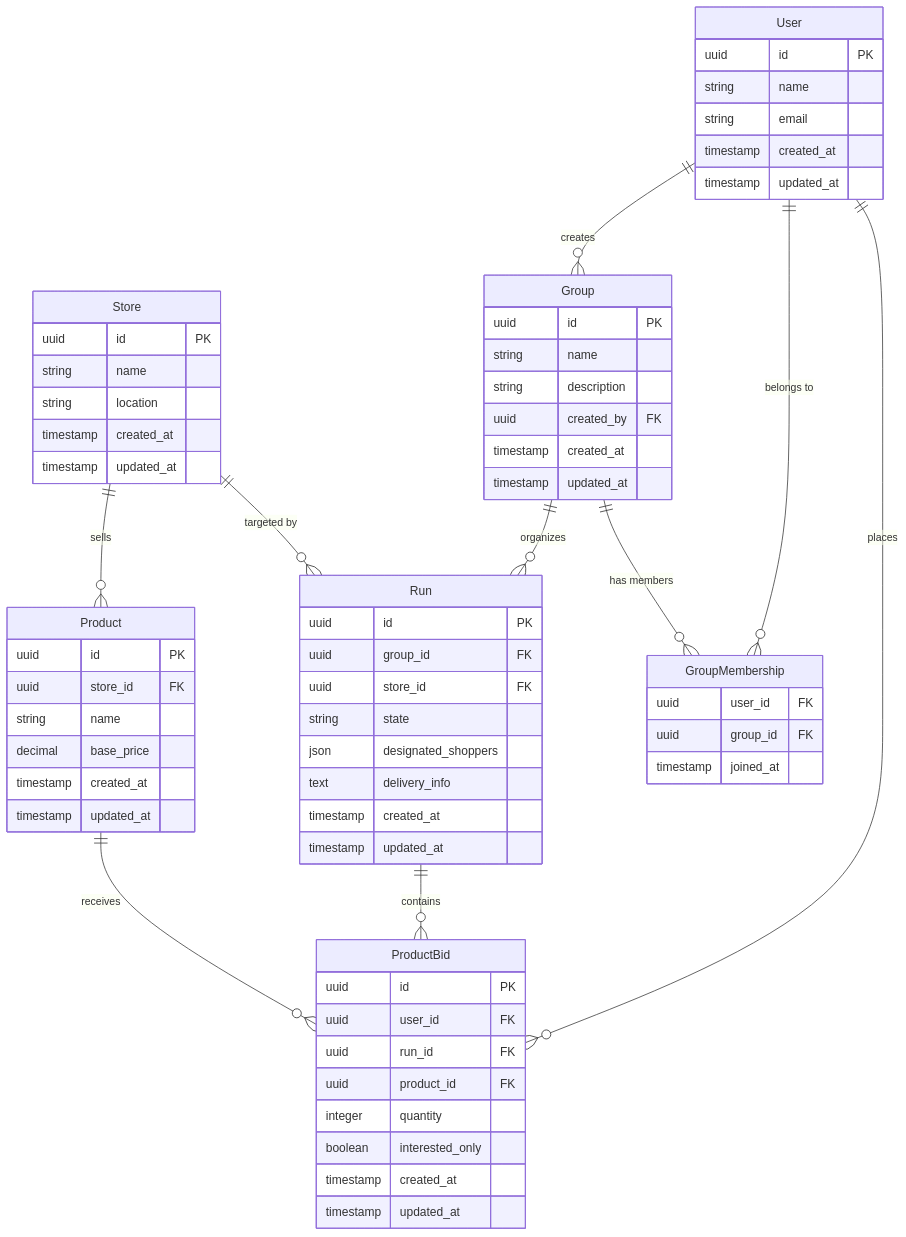
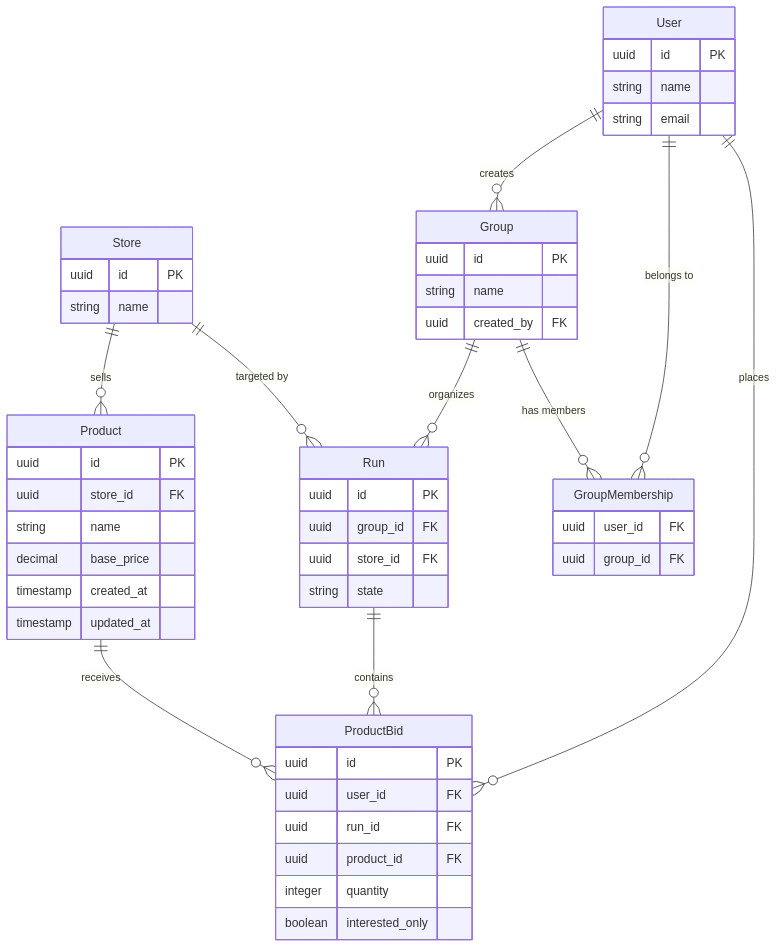
One commit to nedrrelm/bulq changed the diagram in database_schema.md. Above: the diagram before and after it, drawn with Mermaid.

Commit message:
Simplify schema

````diff
--- a/database_schema.md
+++ b/database_schema.md
@@ -5,74 +5,59 @@
 ```mermaid
 erDiagram
     User {
         uuid id PK
         string name
         string email
-        timestamp created_at
-        timestamp updated_at
     }
     
     Group {
         uuid id PK
         string name
-        string description
         uuid created_by FK
-        timestamp created_at
-        timestamp updated_at
     }
     
     Run {
         uuid id PK
         uuid group_id FK
         uuid store_id FK
         string state
-        json designated_shoppers
-        text delivery_info
-        timestamp created_at
-        timestamp updated_at
     }
     
     Store {
         uuid id PK
         string name
-        string location
-        timestamp created_at
-        timestamp updated_at
     }
     
     Product {
         uuid id PK
         uuid store_id FK
         string name
         decimal base_price
         timestamp created_at
         timestamp updated_at
     }
     
     ProductBid {
         uuid id PK
         uuid user_id FK
         uuid run_id FK
         uuid product_id FK
         integer quantity
         boolean interested_only
-        timestamp created_at
-        timestamp updated_at
     }
     
     GroupMembership {
         uuid user_id FK
         uuid group_id FK
-        timestamp joined_at
     }
 
     User ||--o{ GroupMembership : "belongs to"
     Group ||--o{ GroupMembership : "has members"
     Group ||--o{ Run : "organizes"
     Store ||--o{ Run : "targeted by"
     Store ||--o{ Product : "sells"
     User ||--o{ ProductBid : "places"
     Run ||--o{ ProductBid : "contains"
     Product ||--o{ ProductBid : "receives"
     User ||--o{ Group : "creates"
 ```
````
